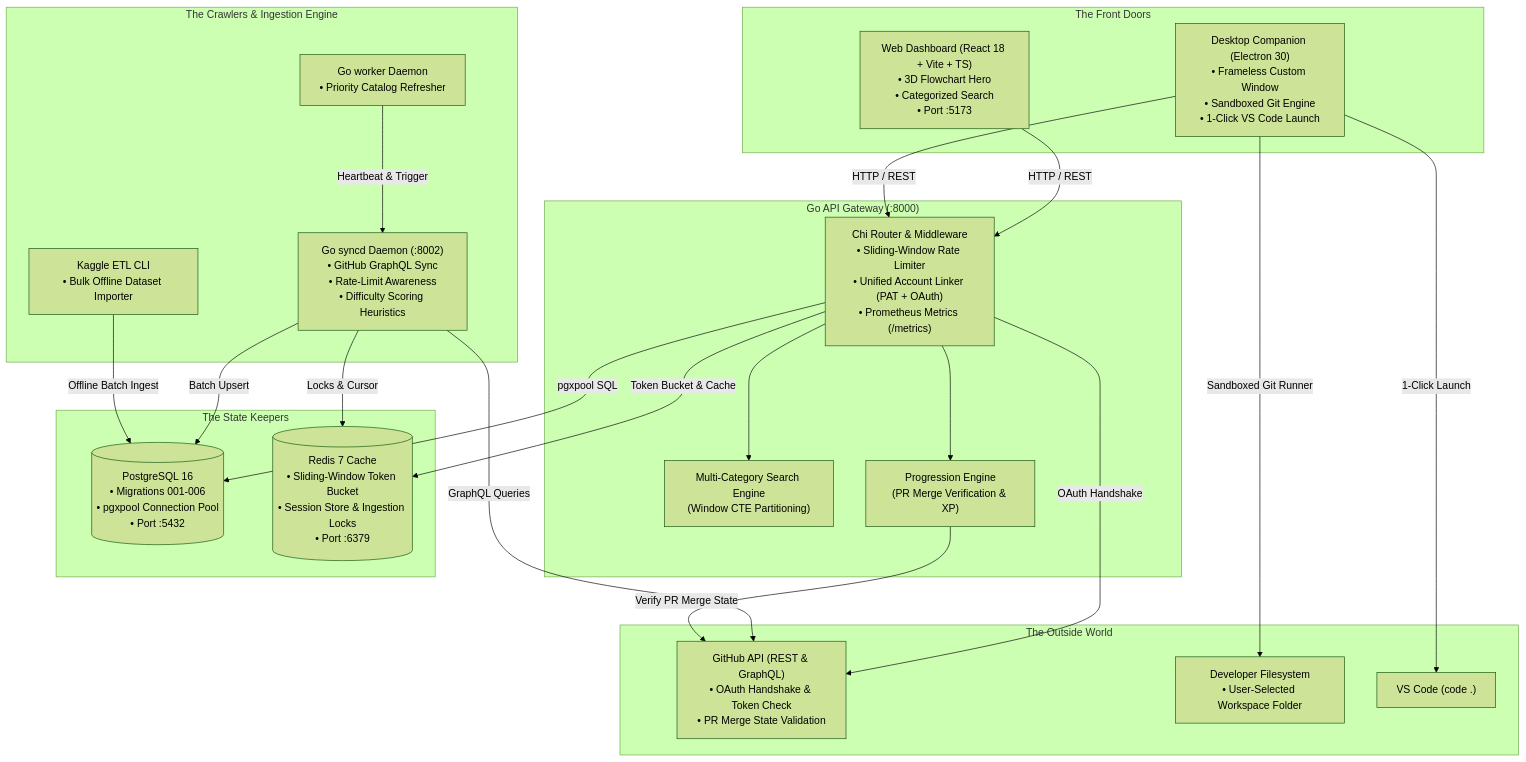
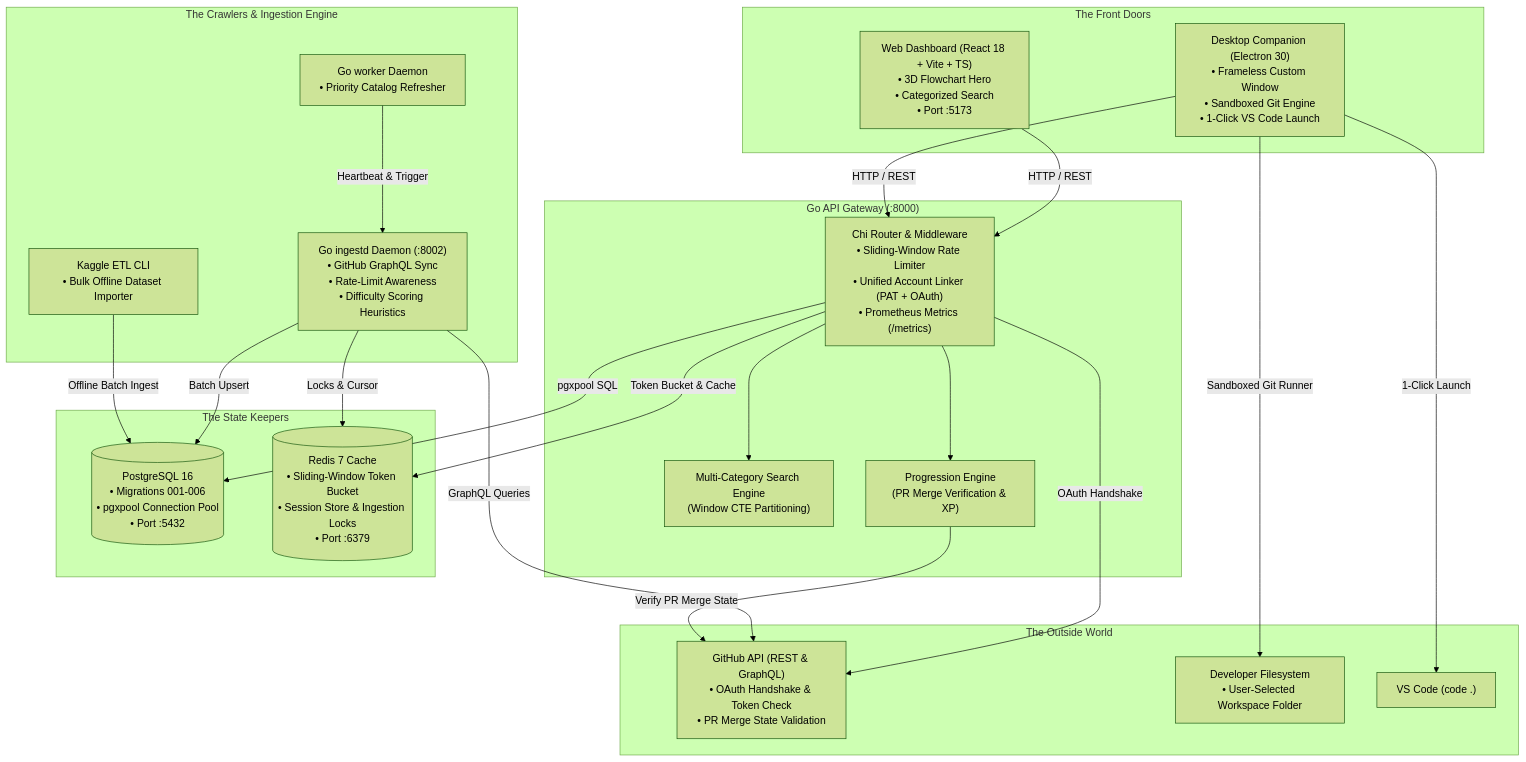
The first of 2 diagrams in ARCHITECTURE.md (dizziedbliss/SkillIssues), drawn with Mermaid (forest theme) before and after one commit. The commit also changed other lines of this file and 15 other files, not shown here.

````diff
--- a/ARCHITECTURE.md
+++ b/ARCHITECTURE.md
@@ -15,49 +15,49 @@
 ```mermaid
 flowchart TB
     subgraph Clients["The Front Doors"]
         Web["Web Dashboard (React 18 + Vite + TS)\n• 3D Flowchart Hero\n• Categorized Search\n• Port :5173"]
         Desktop["Desktop Companion (Electron 30)\n• Frameless Custom Window\n• Sandboxed Git Engine\n• 1-Click VS Code Launch"]
     end
 
     subgraph Gateway["Go API Gateway (:8000)"]
         Router["Chi Router & Middleware\n• Sliding-Window Rate Limiter\n• Unified Account Linker (PAT + OAuth)\n• Prometheus Metrics (/metrics)"]
         SearchEng["Multi-Category Search Engine\n(Window CTE Partitioning)"]
         ProgEng["Progression Engine\n(PR Merge Verification & XP)"]
     end
 
     subgraph Storage["The State Keepers"]
         DB[(PostgreSQL 16\n• Migrations 001-006\n• pgxpool Connection Pool\n• Port :5432)]
         RedisCache[(Redis 7 Cache\n• Sliding-Window Token Bucket\n• Session Store & Ingestion Locks\n• Port :6379)]
     end
 
     subgraph Ingestion["The Crawlers & Ingestion Engine"]
-        Syncd["Go syncd Daemon (:8002)\n• GitHub GraphQL Sync\n• Rate-Limit Awareness\n• Difficulty Scoring Heuristics"]
+        Syncd["Go ingestd Daemon (:8002)\n• GitHub GraphQL Sync\n• Rate-Limit Awareness\n• Difficulty Scoring Heuristics"]
         Worker["Go worker Daemon\n• Priority Catalog Refresher"]
         Kaggle["Kaggle ETL CLI\n• Bulk Offline Dataset Importer"]
     end
 
     subgraph OutsideWorld["The Outside World"]
         GitHubAPI["GitHub API (REST & GraphQL)\n• OAuth Handshake & Token Check\n• PR Merge State Validation"]
         DevFS["Developer Filesystem\n• User-Selected Workspace Folder"]
         VSCode["VS Code (code .)"]
     end
 
     Web -->|HTTP / REST| Router
     Desktop -->|HTTP / REST| Router
     Desktop -->|Sandboxed Git Runner| DevFS
     Desktop -->|1-Click Launch| VSCode
 
     Router --> SearchEng
     Router --> ProgEng
     Router -->|pgxpool SQL| DB
     Router -->|Token Bucket & Cache| RedisCache
     Router -->|OAuth Handshake| GitHubAPI
 
     Syncd -->|GraphQL Queries| GitHubAPI
     Syncd -->|Batch Upsert| DB
     Syncd -->|Locks & Cursor| RedisCache
 
     Worker -->|Heartbeat & Trigger| Syncd
     Kaggle -->|Offline Batch Ingest| DB
     ProgEng -->|Verify PR Merge State| GitHubAPI
 ```
````
